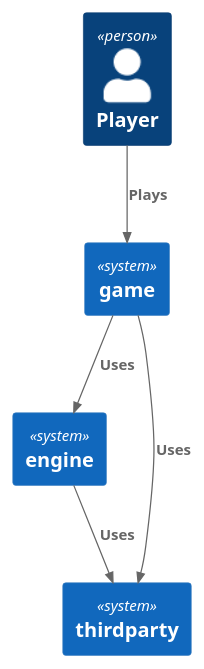
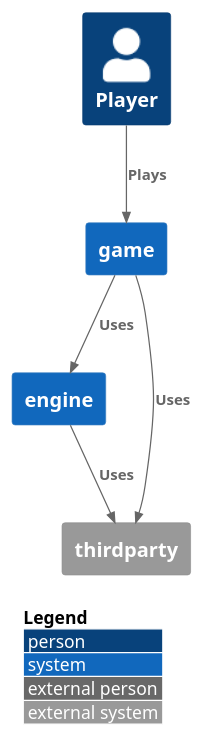
One commit to johanlindfors/GameEngineSandbox changed the diagram in docs/container.pu. Above: the diagram before and after it, drawn with PlantUML. The commit also changed 2 other files, not shown here.

Commit message:
Updated documentation diagrams

```diff
--- a/docs/container.pu
+++ b/docs/container.pu
@@ -1,15 +1,17 @@
 @startuml GameEngineSandbox
 !include https://raw.githubusercontent.com/plantuml-stdlib/C4-PlantUML/master/C4_Context.puml
+
+LAYOUT_WITH_LEGEND()
 
 Person(player, "Player")
 
 System(game, "game")
 System(engine, "engine")
-System(thirdparty, "thirdparty")
+System_Ext(thirdparty, "thirdparty")
 
 Rel(player, game, Plays)
 Rel(game, engine, Uses)
 Rel(game, thirdparty, Uses)
 Rel(engine, thirdparty, Uses)
 
 @enduml
```
